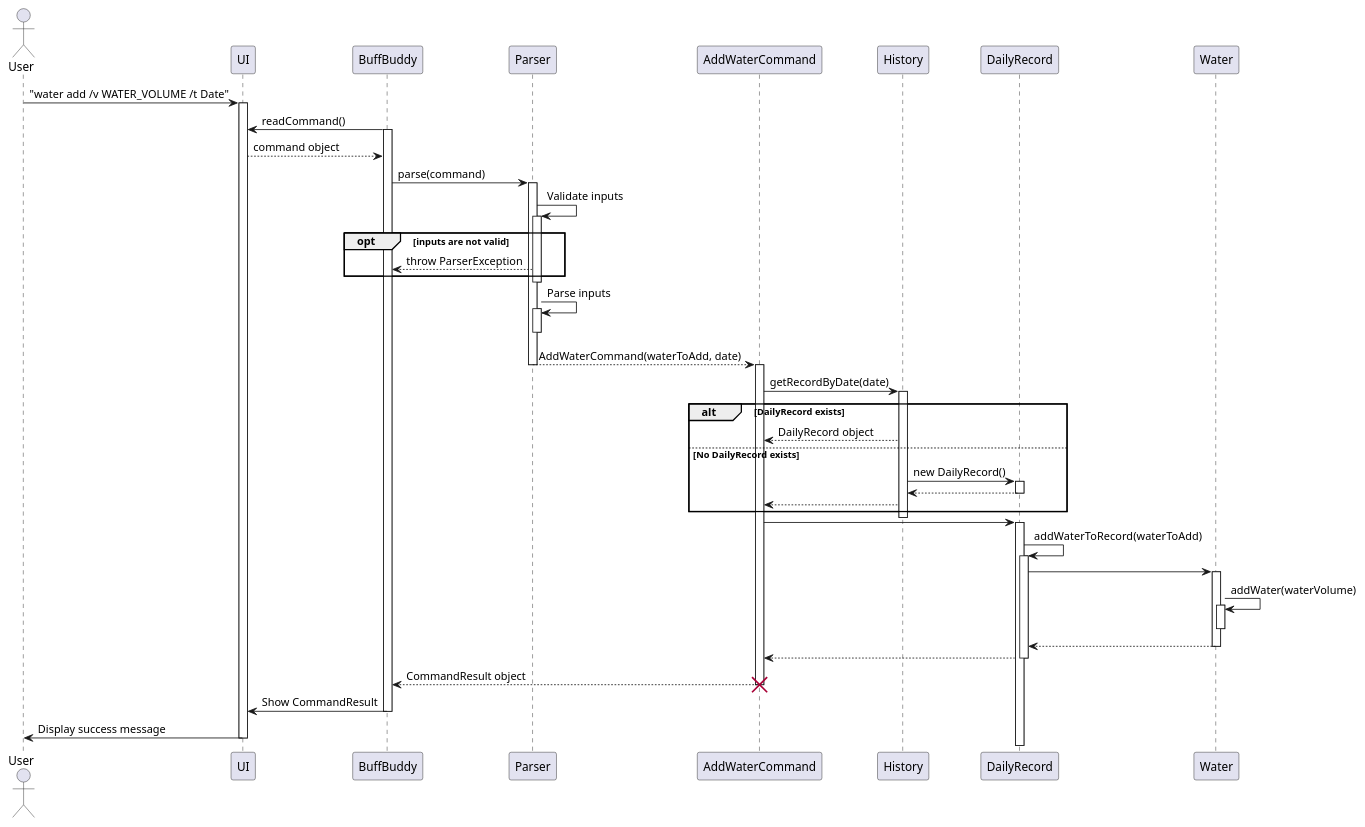
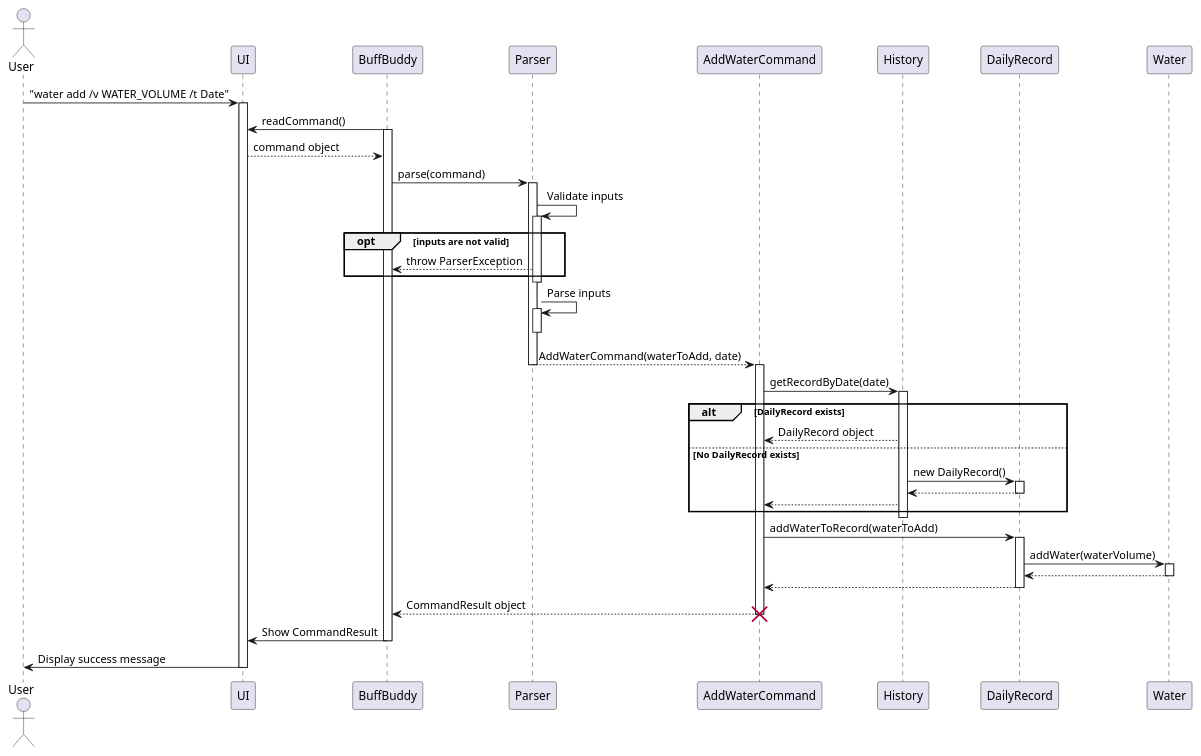
One commit to nus-cs2113-AY2425S1/tp changed the diagram in docs/diagrams/addWaterSequenceDiagram.puml. Above: the diagram before and after it, drawn with PlantUML. The commit also changed 3 other files, not shown here.

Commit message:
add Delete Water deq Diagram

```diff
--- a/docs/diagrams/addWaterSequenceDiagram.puml
+++ b/docs/diagrams/addWaterSequenceDiagram.puml
@@ -1,73 +1,69 @@
 @startuml
 actor User
 participant "UI" as UI
 participant "BuffBuddy" as BB
 participant "Parser" as Parser
 participant "AddWaterCommand" as AddCmd
 participant "History" as History
 participant "DailyRecord" as DailyRec
 
 User -> UI: "water add /v WATER_VOLUME /t Date"
 activate UI
 BB -> UI: readCommand()
 activate BB
 UI --> BB: command object
 BB -> Parser: parse(command)
 activate Parser
 
 Parser -> Parser : Validate inputs
 activate Parser
 opt inputs are not valid
     Parser --> BB : throw ParserException
     end
 deactivate Parser
 
 Parser -> Parser : Parse inputs
 activate Parser
 deactivate Parser
 Parser --> AddCmd: AddWaterCommand(waterToAdd, date)
 deactivate Parser
 
 activate AddCmd
 
 AddCmd -> History: getRecordByDate(date)
 activate History
 
 alt DailyRecord exists
   History --> AddCmd: DailyRecord object
 else No DailyRecord exists
   History -> DailyRec: new DailyRecord()
   activate DailyRec
   DailyRec --> History
   deactivate DailyRec
   History --> AddCmd
 end
 deactivate History
 
-AddCmd -> DailyRec:
+AddCmd -> DailyRec: addWaterToRecord(waterToAdd)
 activate DailyRec
 
-DailyRec -> DailyRec: addWaterToRecord(waterToAdd)
-activate DailyRec
-DailyRec -> Water
+DailyRec -> Water : addWater(waterVolume)
 activate Water
-Water -> Water: addWater(waterVolume)
-activate Water
-deactivate Water
+
 Water --> DailyRec
 deactivate Water
 
 
 DailyRec --> AddCmd
 deactivate DailyRec
 
 AddCmd --> BB: CommandResult object
 deactivate AddCmd
 destroy AddCmd
 
 BB -> UI: Show CommandResult
 deactivate BB
 
 UI -> User: Display success message
 deactivate UI
 @enduml
```
